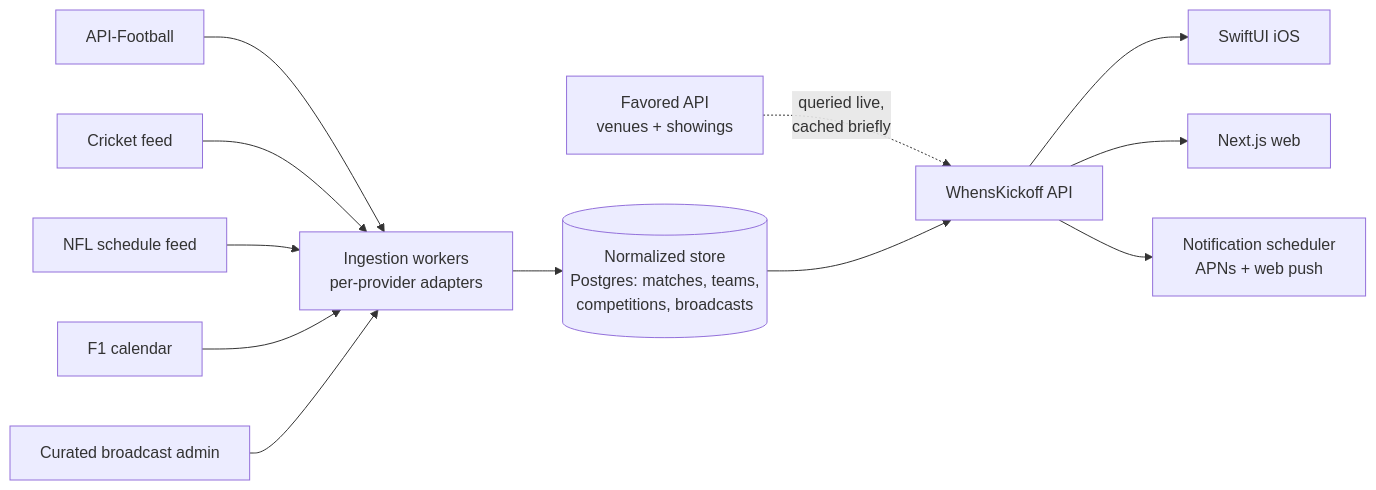
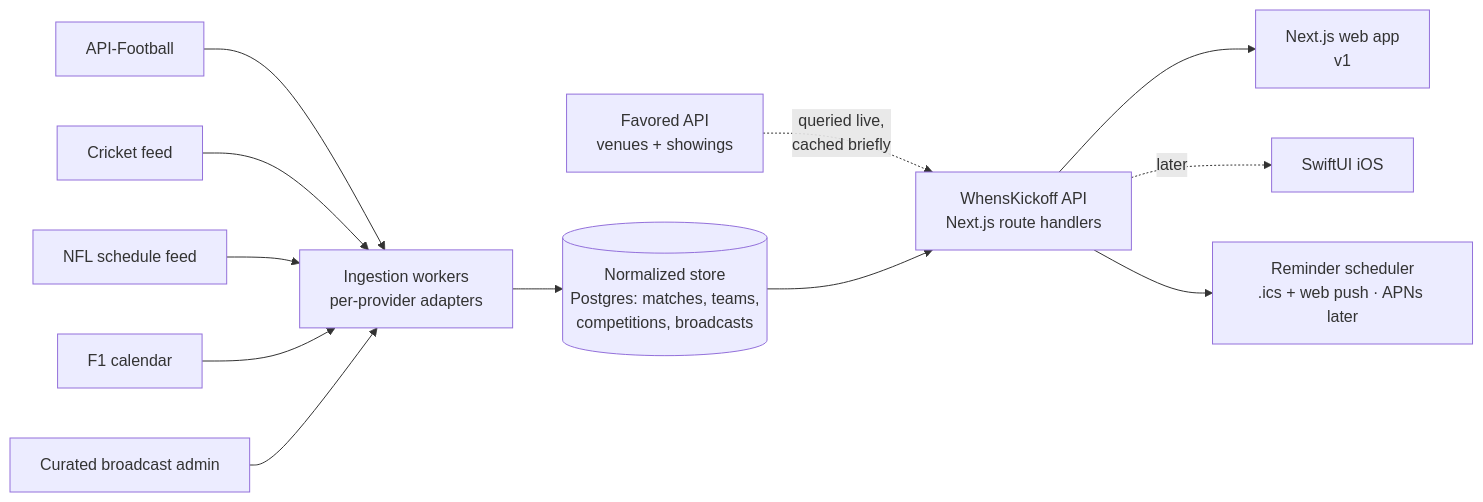
Before and after one commit to Elyron-ai/whenskickoff_v0.1: the diagram in docs/04-data-and-licensing.md, drawn with Mermaid. The commit also changed 5 other files, not shown here.

First line of the commit message:
Docs: commit to web-only v1 (Next.js), iOS as a separate later track

````diff
--- a/docs/04-data-and-licensing.md
+++ b/docs/04-data-and-licensing.md
@@ -83,14 +83,14 @@
 ```mermaid
 flowchart LR
   AF[API-Football] --> ING[Ingestion workers<br/>per-provider adapters]
   CK[Cricket feed] --> ING
   NFL[NFL schedule feed] --> ING
   F1[F1 calendar] --> ING
   CUR[Curated broadcast admin] --> ING
   ING --> NORM[(Normalized store<br/>Postgres: matches, teams,<br/>competitions, broadcasts)]
   FAV[Favored API<br/>venues + showings] -. queried live,<br/>cached briefly .-> API
-  NORM --> API[WhensKickoff API]
-  API --> IOS[SwiftUI iOS]
-  API --> WEB[Next.js web]
-  API --> NOTIF[Notification scheduler<br/>APNs + web push]
+  NORM --> API[WhensKickoff API<br/>Next.js route handlers]
+  API --> WEB[Next.js web app<br/>v1]
+  API -.later.-> IOS[SwiftUI iOS]
+  API --> NOTIF[Reminder scheduler<br/>.ics + web push · APNs later]
 ```
````
